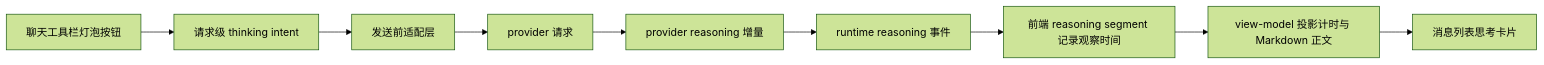
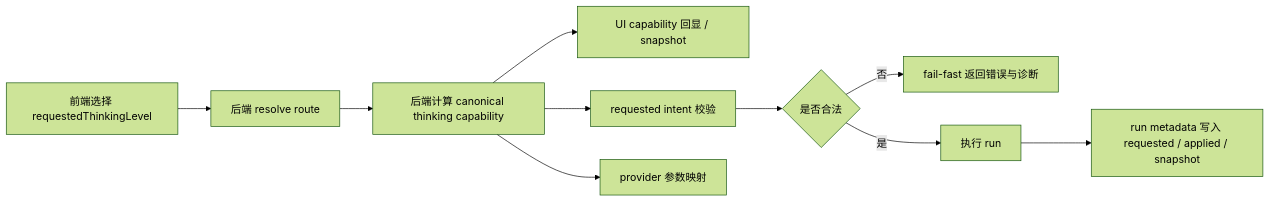
One commit to sustech-cs304/team-project-26spring-26s-23 changed the diagram in docs/plans/2026-04-04-thinking-parameter-adjustment-design.md. Above: the diagram before and after it, drawn with Mermaid (forest theme). The commit also changed other lines of this file and 39 other files, not shown here.

Commit message:
fix(copilot): centralize thinking capability runtime flow

````diff
--- a/docs/plans/2026-04-04-thinking-parameter-adjustment-design.md
+++ b/docs/plans/2026-04-04-thinking-parameter-adjustment-design.md
@@ -236,11 +235,12 @@
 ```mermaid
 flowchart LR
-A[聊天工具栏灯泡按钮] --> B[请求级 thinking intent]
-B --> C[发送前适配层]
-C --> D[provider 请求]
-D --> E[provider reasoning 增量]
-E --> F[runtime reasoning 事件]
-F --> G[前端 reasoning segment 记录观察时间]
-G --> H[view-model 投影计时与 Markdown 正文]
-H --> I[消息列表思考卡片]
+A[前端选择 requestedThinkingLevel] --> B[后端 resolve route]
+B --> C[后端计算 canonical thinking capability]
+C --> D[UI capability 回显 / snapshot]
+C --> E[requested intent 校验]
+C --> F[provider 参数映射]
+E --> G{是否合法}
+G -- 否 --> H[fail-fast 返回错误与诊断]
+G -- 是 --> I[执行 run]
+I --> J[run metadata 写入 requested / applied / snapshot]
 ```
````
